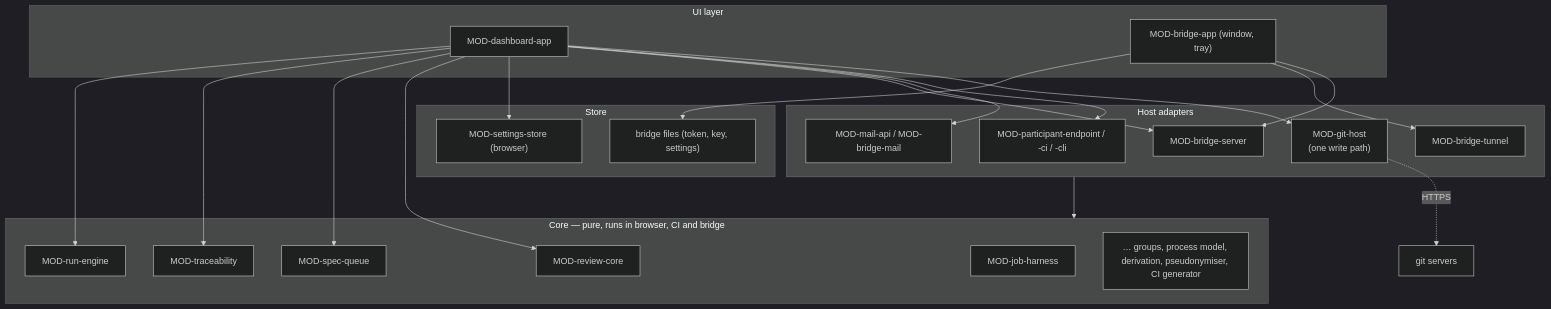
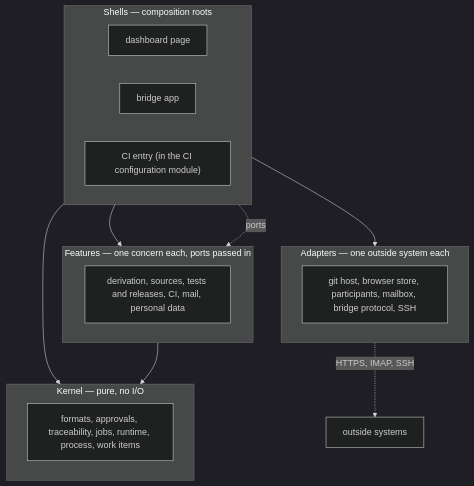
The diagram in docs/architecture/ARC-003-layers-core-adapters-store-ui.md (akmaier/agent-m), drawn with Mermaid (dark theme) before and after one commit. The commit also changed other lines of this file and 2 other files, not shown here.

First line of the commit message:
docs(architecture): ARC-003 shells, features, kernel, adapters; ARC-005 keeps the export only; ARC-002 drops decision 3

````diff
--- a/docs/architecture/ARC-003-layers-core-adapters-store-ui.md
+++ b/docs/architecture/ARC-003-layers-core-adapters-store-ui.md
@@ -57,31 +106,23 @@
 ```mermaid
 flowchart TB
-    subgraph UI["UI layer"]
-        APP["MOD-dashboard-app"]
-        WIN["MOD-bridge-app (window, tray)"]
+    subgraph SH["Shells — composition roots"]
+        DASH["dashboard page"]
+        APP["bridge app"]
+        CIE["CI entry (in the CI configuration module)"]
     end
-    subgraph AD["Host adapters"]
-        GIT["MOD-git-host<br/>(one write path)"]
-        PART["MOD-participant-endpoint / -ci / -cli"]
-        MAIL["MOD-mail-api / MOD-bridge-mail"]
-        BSRV["MOD-bridge-server"]
-        TUN["MOD-bridge-tunnel"]
+    subgraph FE["Features — one concern each, ports passed in"]
+        F["derivation, sources, tests and releases, CI, mail, personal data"]
     end
-    subgraph ST["Store"]
-        SS["MOD-settings-store (browser)"]
-        BF["bridge files (token, key, settings)"]
+    subgraph KE["Kernel — pure, no I/O"]
+        K["formats, approvals, traceability, jobs, runtime, process, work items"]
     end
-    subgraph CORE["Core — pure, runs in browser, CI and bridge"]
-        RC["MOD-review-core"]
-        SQ["MOD-spec-queue"]
-        TR["MOD-traceability"]
-        RE["MOD-run-engine"]
-        JH["MOD-job-harness"]
-        OTH["… groups, process model, derivation, pseudonymiser, CI generator"]
+    subgraph AD["Adapters — one outside system each"]
+        A["git host, browser store, participants, mailbox, bridge protocol, SSH"]
     end
-    APP --> GIT & PART & MAIL & BSRV & SS
-    APP --> RC & SQ & TR & RE
-    WIN --> BSRV & TUN & BF
-    AD --> CORE
-    GIT -.->|HTTPS| EXT["git servers"]
+    SH --> FE
+    SH --> KE
+    SH --> AD
+    FE --> KE
+    SH -. "ports" .-> FE
+    AD -.->|HTTPS, IMAP, SSH| EXT["outside systems"]
 ```
````
